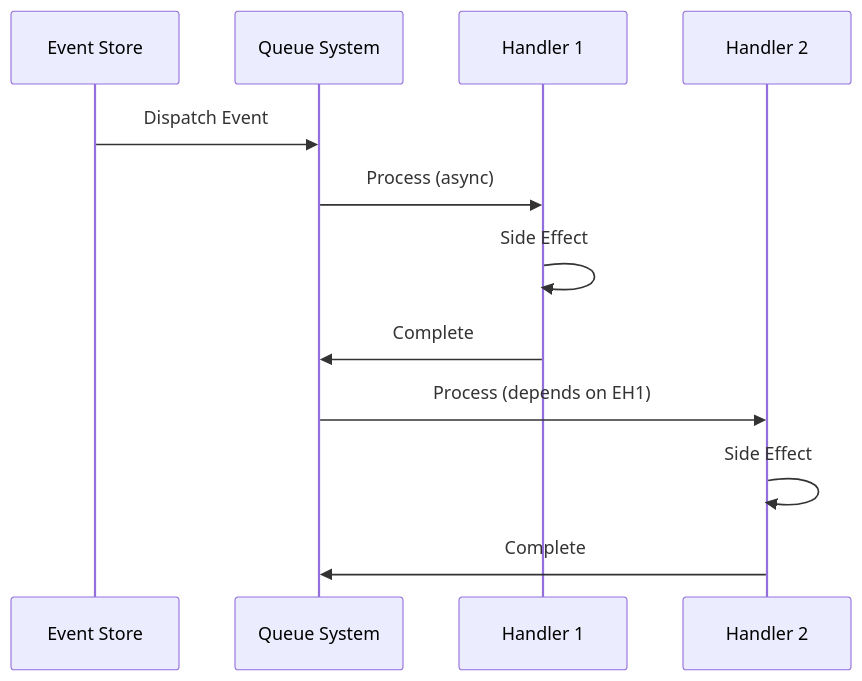
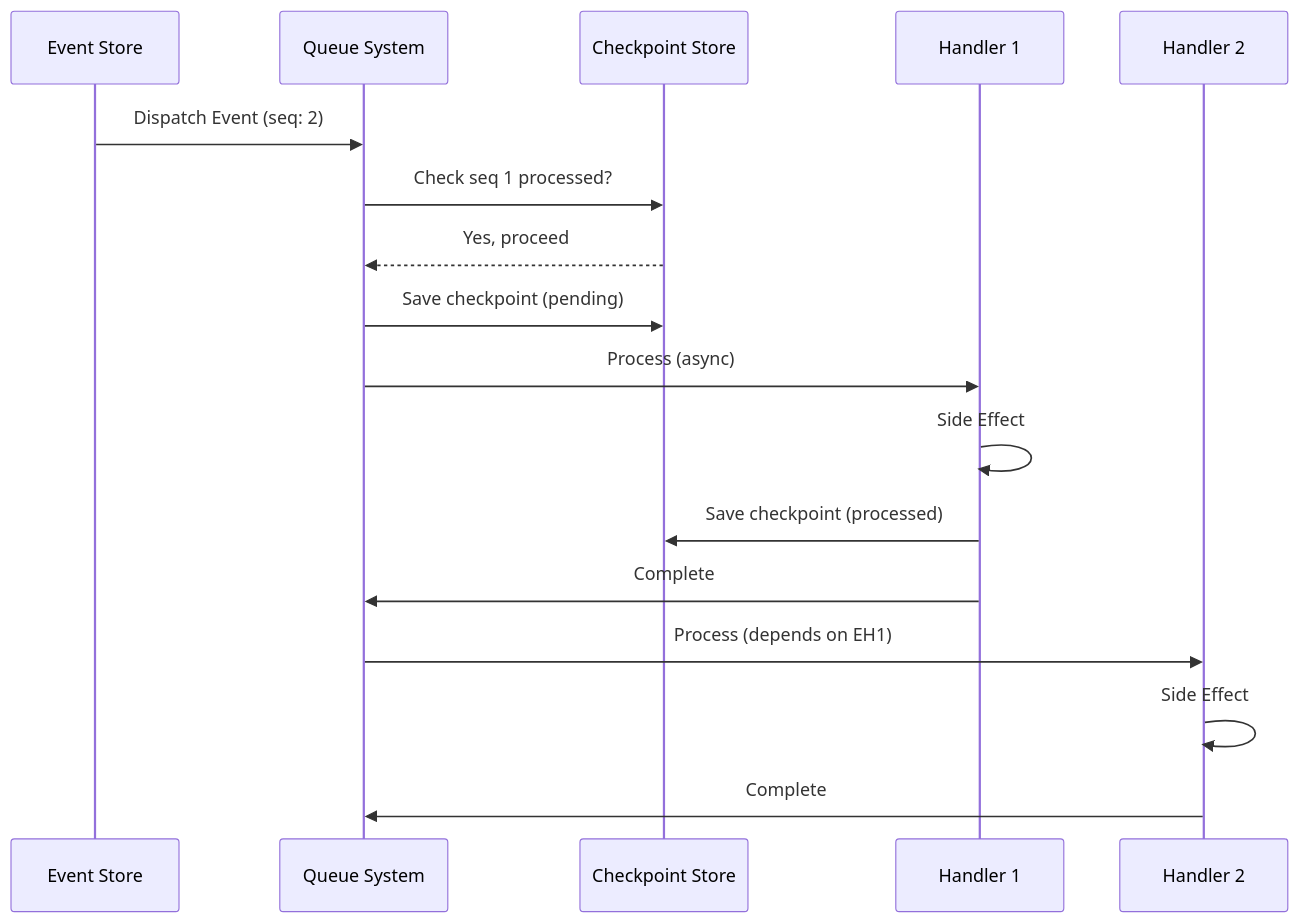
The fourth of 8 diagrams in langwatch/src/server/event-sourcing/library/ARCHITECTURE.md (langwatch/langwatch), drawn with Mermaid before and after one commit. The commit also changed other lines of this file and 1 other file, not shown here.

First line of the commit message:
docs(es): update architecture and readme for sequential processing

````diff
--- a/langwatch/src/server/event-sourcing/library/ARCHITECTURE.md
+++ b/langwatch/src/server/event-sourcing/library/ARCHITECTURE.md
@@ -189,15 +209,20 @@
 ```mermaid
 sequenceDiagram
     participant ES as Event Store
     participant Q as Queue System
+    participant CP as Checkpoint Store
     participant EH1 as Handler 1
     participant EH2 as Handler 2
 
-    ES->>Q: Dispatch Event
+    ES->>Q: Dispatch Event (seq: 2)
+    Q->>CP: Check seq 1 processed?
+    CP-->>Q: Yes, proceed
+    Q->>CP: Save checkpoint (pending)
     Q->>EH1: Process (async)
     EH1->>EH1: Side Effect
+    EH1->>CP: Save checkpoint (processed)
     EH1->>Q: Complete
     Q->>EH2: Process (depends on EH1)
     EH2->>EH2: Side Effect
     EH2->>Q: Complete
 ```
````
